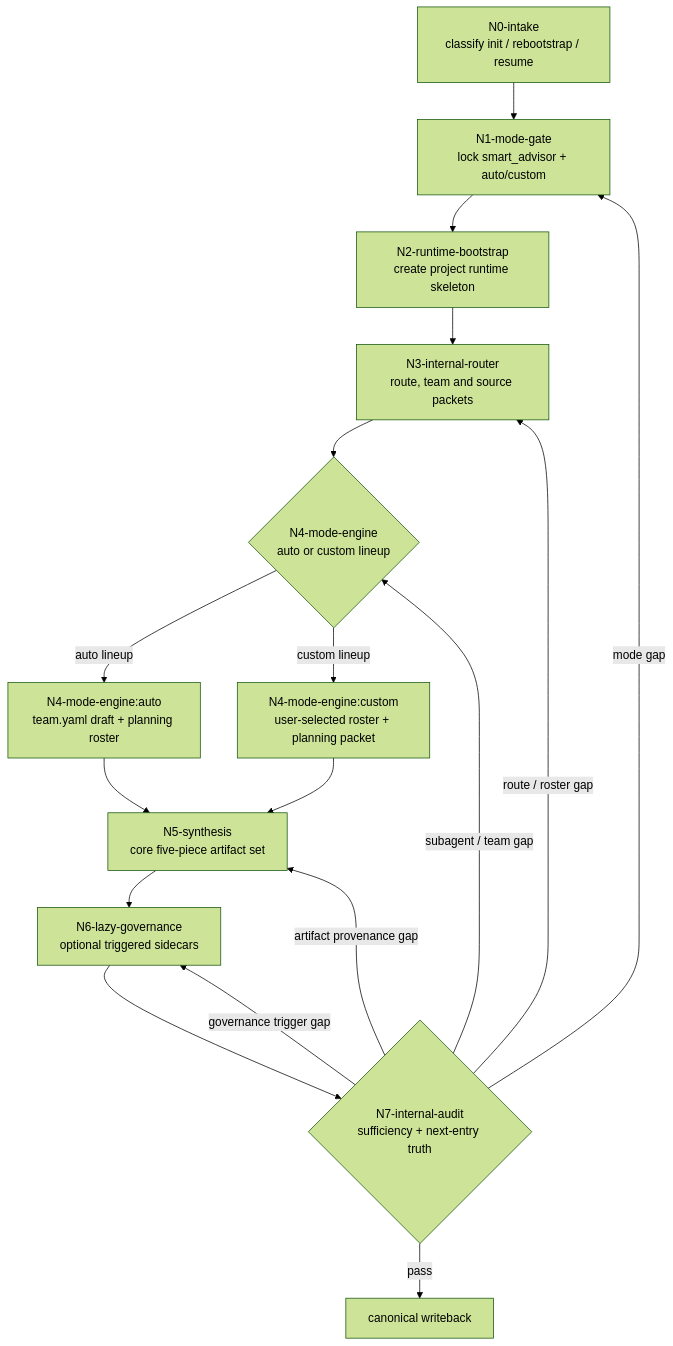
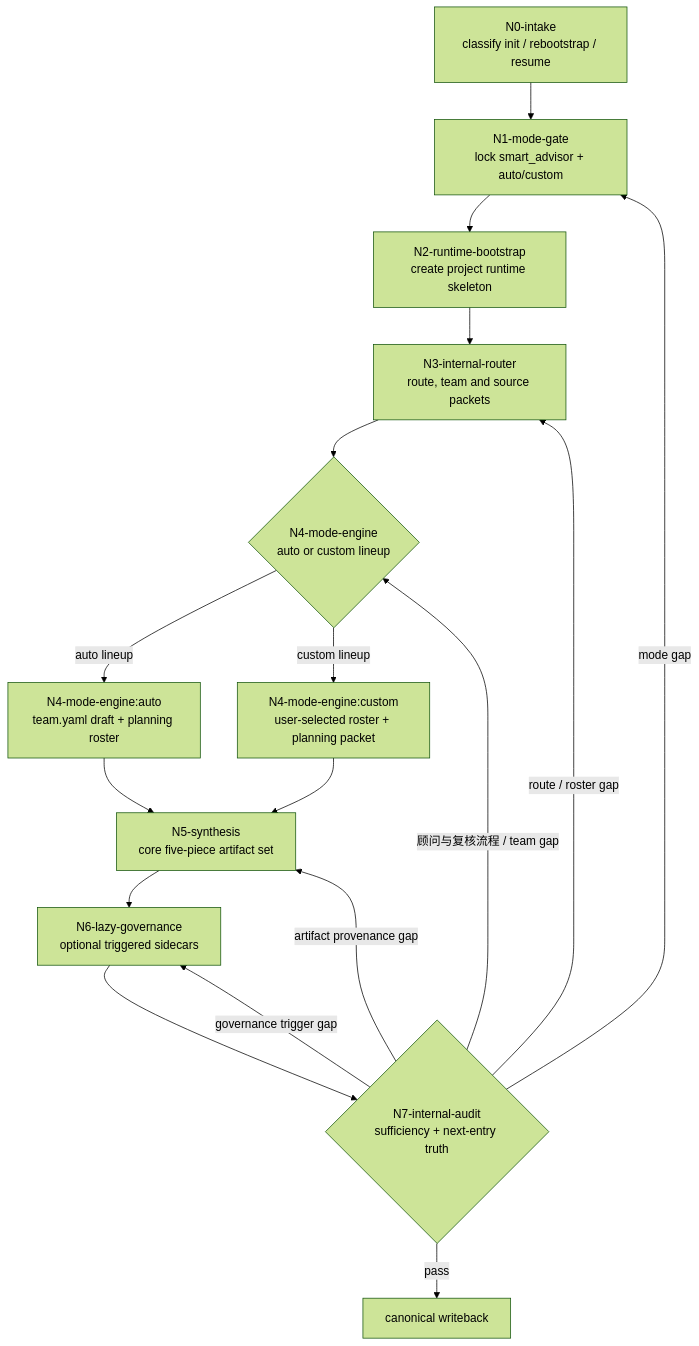
The diagram in .agents/skills/aigc/0-初始化/steps/init-workflow.md (ZEN-VOID/AI-CUT), drawn with Mermaid (forest theme) before and after one commit. The commit also changed other lines of this file and 137 other files, not shown here.

````diff
--- a/.agents/skills/aigc/0-初始化/steps/init-workflow.md
+++ b/.agents/skills/aigc/0-初始化/steps/init-workflow.md
@@ -15,19 +15,19 @@
 ```mermaid
 flowchart TD
     N0["N0-intake<br/>classify init / rebootstrap / resume"] --> N1["N1-mode-gate<br/>lock smart_advisor + auto/custom"]
     N1 --> N2["N2-runtime-bootstrap<br/>create project runtime skeleton"]
     N2 --> N3["N3-internal-router<br/>route, team and source packets"]
     N3 --> N4{"N4-mode-engine<br/>auto or custom lineup"}
     N4 -->|"auto lineup"| N4A["N4-mode-engine:auto<br/>team.yaml draft + planning roster"]
     N4 -->|"custom lineup"| N4C["N4-mode-engine:custom<br/>user-selected roster + planning packet"]
     N4A --> N5["N5-synthesis<br/>core five-piece artifact set"]
     N4C --> N5
     N5 --> N6["N6-lazy-governance<br/>optional triggered sidecars"]
     N6 --> N7{"N7-internal-audit<br/>sufficiency + next-entry truth"}
     N7 -->|"pass"| W["canonical writeback"]
     N7 -->|"mode gap"| N1
     N7 -->|"route / roster gap"| N3
-    N7 -->|"subagent / team gap"| N4
+    N7 -->|"顾问与复核流程 / team gap"| N4
     N7 -->|"artifact provenance gap"| N5
     N7 -->|"governance trigger gap"| N6
 ```
````
